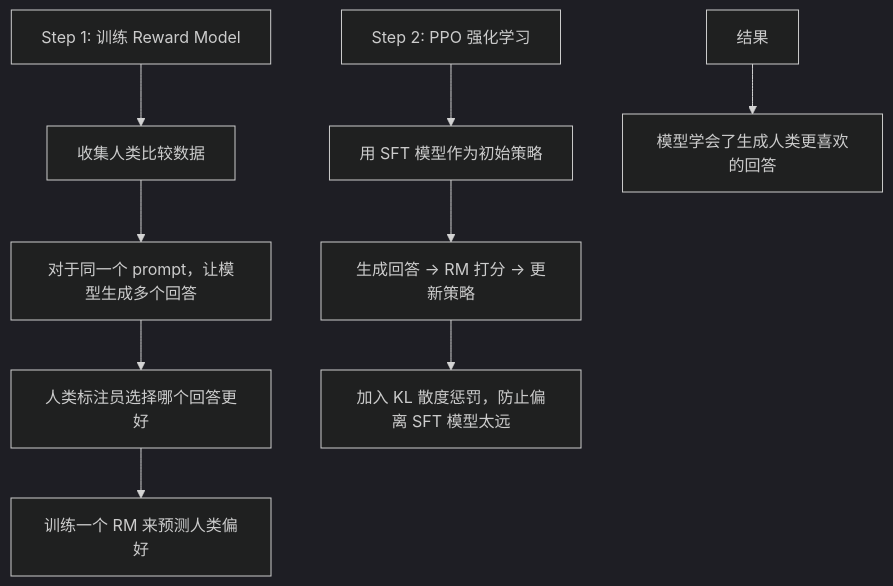
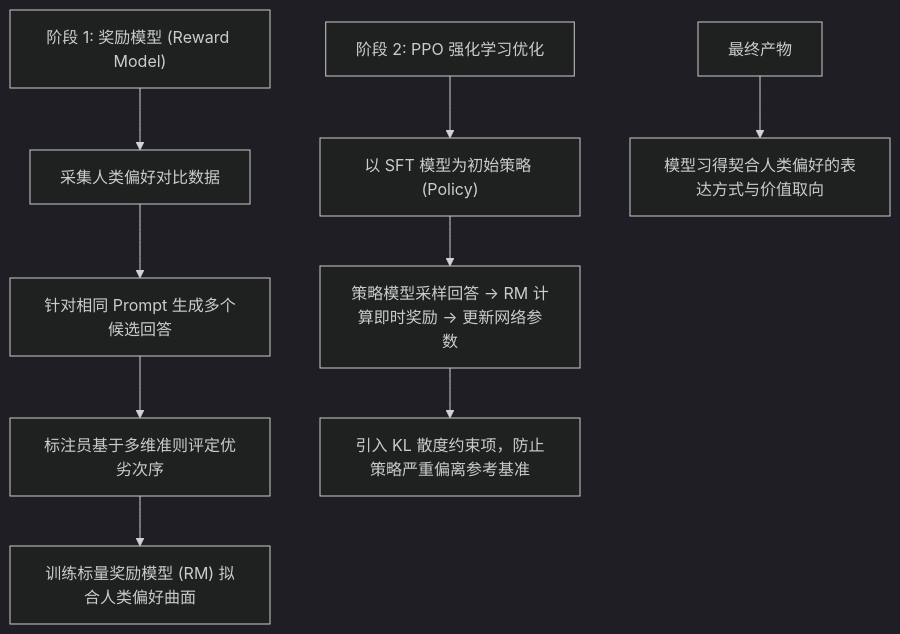
Before and after one commit to yingwang/thinking-in-llm: the first of 6 diagrams in chapters/04-alignment.md, drawn with Mermaid (dark theme). The commit also changed other lines of this file and 31 other files, not shown here.

````diff
--- a/chapters/04-alignment.md
+++ b/chapters/04-alignment.md
@@ -171,13 +167,13 @@
 ```mermaid
 graph TD
-    A["Step 1: 训练 Reward Model"] --> B["收集人类比较数据"]
-    B --> C["对于同一个 prompt，让模型生成多个回答"]
-    C --> D["人类标注员选择哪个回答更好"]
-    D --> E["训练一个 RM 来预测人类偏好"]
+    A["阶段 1: 奖励模型 (Reward Model)"] --> B["采集人类偏好对比数据"]
+    B --> C["针对相同 Prompt 生成多个候选回答"]
+    C --> D["标注员基于多维准则评定优劣次序"]
+    D --> E["训练标量奖励模型 (RM) 拟合人类偏好曲面"]
     
-    F["Step 2: PPO 强化学习"] --> G["用 SFT 模型作为初始策略"]
-    G --> H["生成回答 → RM 打分 → 更新策略"]
-    H --> I["加入 KL 散度惩罚，防止偏离 SFT 模型太远"]
+    F["阶段 2: PPO 强化学习优化"] --> G["以 SFT 模型为初始策略 (Policy)"]
+    G --> H["策略模型采样回答 → RM 计算即时奖励 → 更新网络参数"]
+    H --> I["引入 KL 散度约束项，防止策略严重偏离参考基准"]
     
-    J["结果"] --> K["模型学会了生成人类更喜欢的回答"]
+    J["最终产物"] --> K["模型习得契合人类偏好的表达方式与价值取向"]
 ```
````
